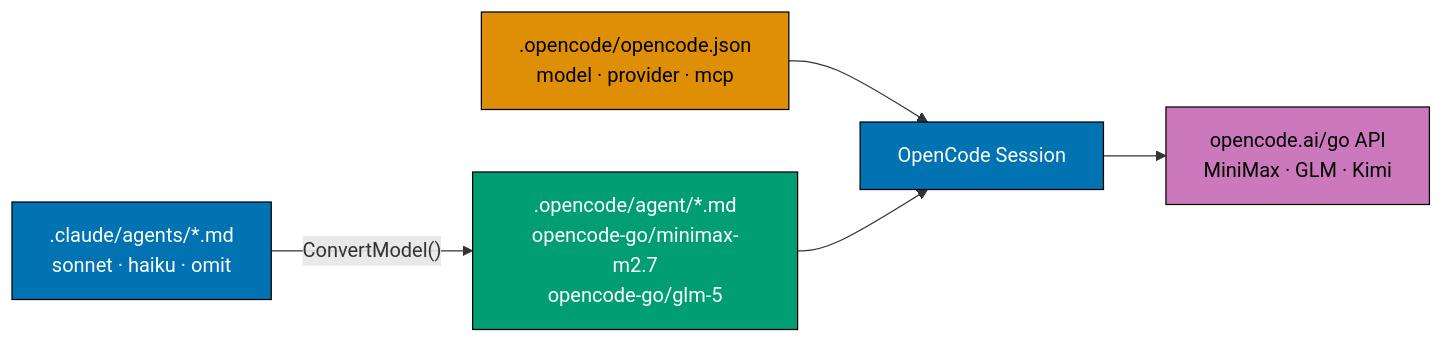
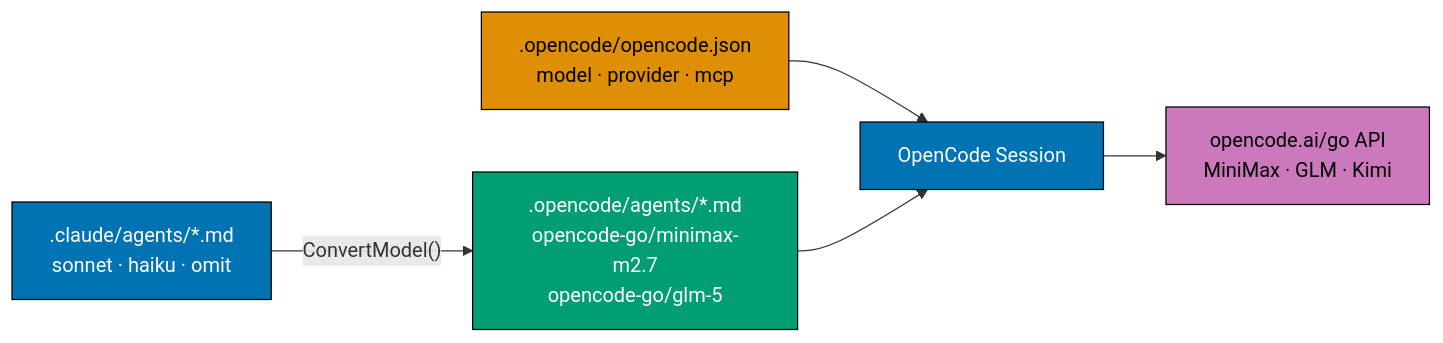
One commit to wahidyankf/ose-public changed the diagram in plans/in-progress/2026-04-30__adopt-opencode-go/README.md. Above: the diagram before and after it, drawn with Mermaid. The commit also changed other lines of this file and 2 other files, not shown here.

First line of the commit message:
docs(plans): gate adopt-opencode-go on validate-sync prerequisite

````diff
--- a/plans/in-progress/2026-04-30__adopt-opencode-go/README.md
+++ b/plans/in-progress/2026-04-30__adopt-opencode-go/README.md
@@ -22,12 +22,12 @@
 ```mermaid
 flowchart LR
-    A[".claude/agents/*.md\nsonnet · haiku · omit"] -->|"ConvertModel()"| B[".opencode/agent/*.md\nopencode-go/minimax-m2.7\nopencode-go/glm-5"]
+    A[".claude/agents/*.md\nsonnet · haiku · omit"] -->|"ConvertModel()"| B[".opencode/agents/*.md\nopencode-go/minimax-m2.7\nopencode-go/glm-5"]
     C[".opencode/opencode.json\nmodel · provider · mcp"] --> D["OpenCode Session"]
     B --> D
     D --> E["opencode.ai/go API\nMiniMax · GLM · Kimi"]
     style A fill:#0173B2,stroke:#000000,color:#FFFFFF
     style B fill:#029E73,stroke:#000000,color:#FFFFFF
     style C fill:#DE8F05,stroke:#000000,color:#000000
     style D fill:#0173B2,stroke:#000000,color:#FFFFFF
     style E fill:#CC78BC,stroke:#000000,color:#000000
 ```
````
